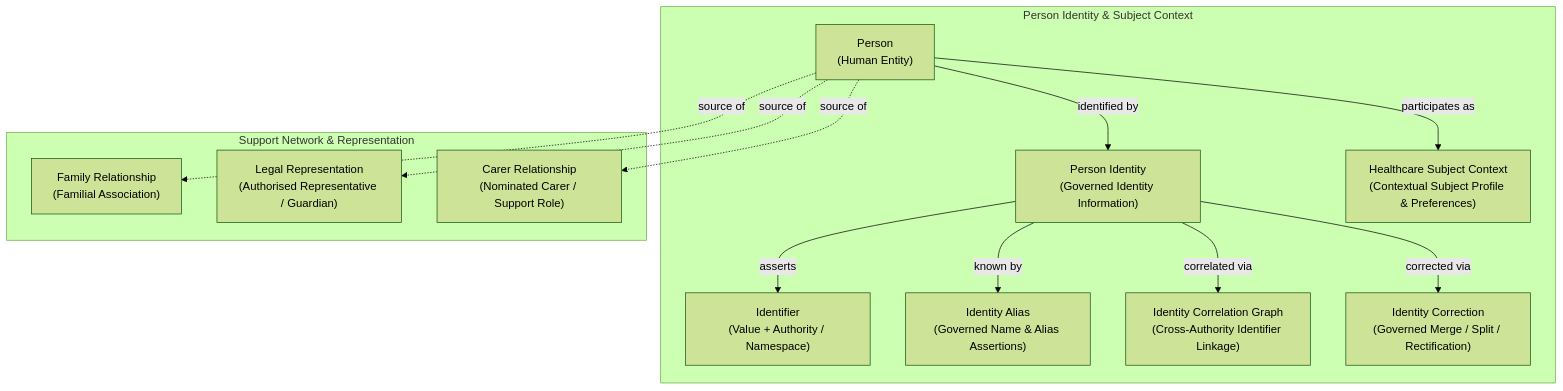
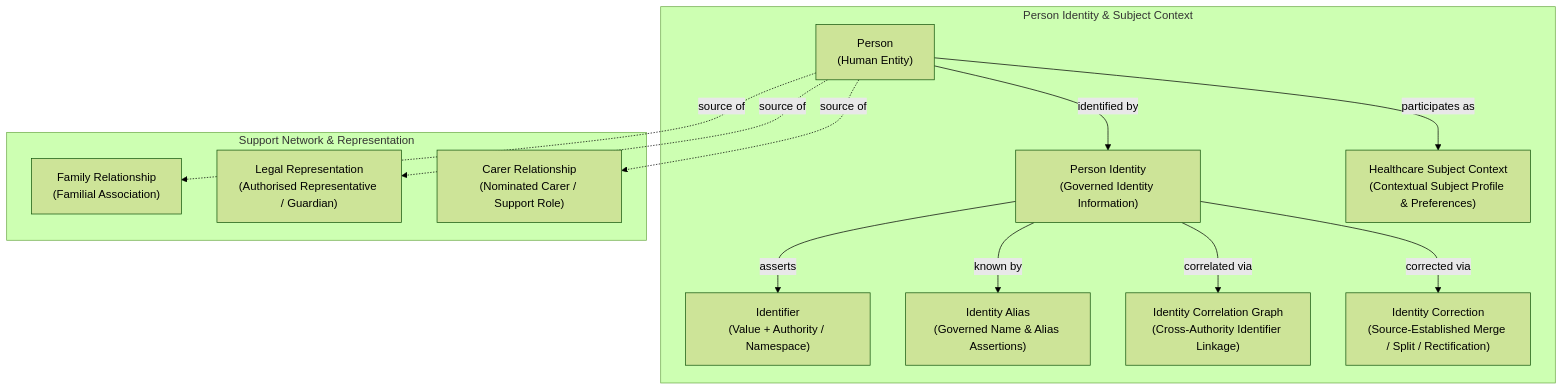
Before and after one commit to fhirfactory/harmonia: the diagram in docs/markdown/04-information-architecture/information-families/person-healthcare-subject.md, drawn with Mermaid (forest theme). The commit also changed other lines of this file and 24 other files, not shown here.

````diff
--- a/docs/markdown/04-information-architecture/information-families/person-healthcare-subject.md
+++ b/docs/markdown/04-information-architecture/information-families/person-healthcare-subject.md
@@ -9,28 +9,28 @@
 ```mermaid
 graph TD
     subgraph PersonIdentityModel ["Person Identity & Subject Context"]
         P["Person<br/>(Human Entity)"]
         PI["Person Identity<br/>(Governed Identity Information)"]
         ID["Identifier<br/>(Value + Authority / Namespace)"]
         ALIAS["Identity Alias<br/>(Governed Name & Alias Assertions)"]
         CORR["Identity Correlation Graph<br/>(Cross-Authority Identifier Linkage)"]
-        CORR_AUDIT["Identity Correction<br/>(Governed Merge / Split / Rectification)"]
+        CORR_AUDIT["Identity Correction<br/>(Source-Established Merge / Split / Rectification)"]
         SUBJ_CTX["Healthcare Subject Context<br/>(Contextual Subject Profile & Preferences)"]
     end
 
     subgraph Relationships ["Support Network & Representation"]
         REL_FAM["Family Relationship<br/>(Familial Association)"]
         REL_REP["Legal Representation<br/>(Authorised Representative / Guardian)"]
         REL_CARER["Carer Relationship<br/>(Nominated Carer / Support Role)"]
     end
 
     P -->|"identified by"| PI
     PI -->|"asserts"| ID
     PI -->|"known by"| ALIAS
     PI -->|"correlated via"| CORR
     PI -->|"corrected via"| CORR_AUDIT
     P -->|"participates as"| SUBJ_CTX
     P -.->|"source of"| REL_FAM
     P -.->|"source of"| REL_REP
     P -.->|"source of"| REL_CARER
 ```
````
